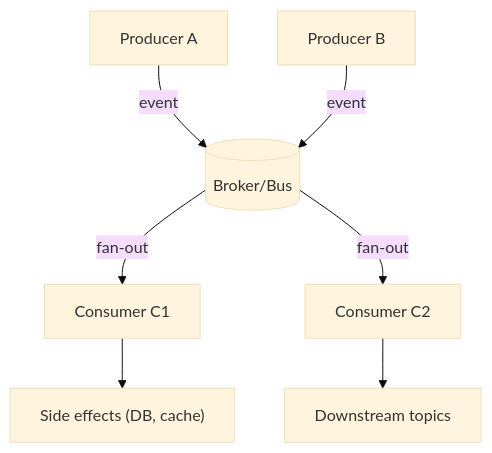
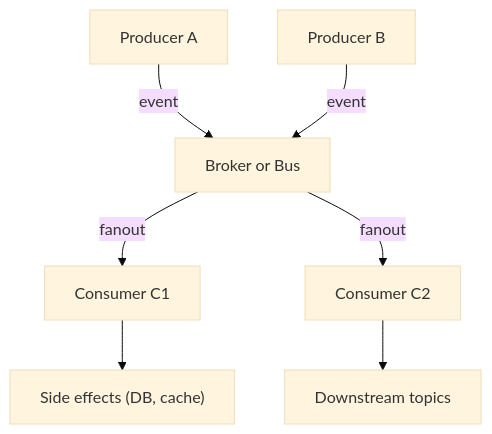
One commit to archman-dev/website changed the first of 2 diagrams in docs/foundational-concepts/programming-paradigms/event-driven-and-reactive.mdx. Above: the diagram before and after it, drawn with Mermaid (base theme). The commit also changed other lines of this file and 26 other files, not shown here.

````diff
--- a/docs/foundational-concepts/programming-paradigms/event-driven-and-reactive.mdx
+++ b/docs/foundational-concepts/programming-paradigms/event-driven-and-reactive.mdx
@@ -20,9 +20,9 @@
 ```mermaid
-flowchart TD
-  P1[Producer A] -->|event| B[(Broker/Bus)]
-  P2[Producer B] -->|event| B
-  B -->|fan-out| C[Consumer C1]
-  B -->|fan-out| D[Consumer C2]
+flowchart TB
+  P1["Producer A"] -->|event| B["Broker or Bus"]
+  P2["Producer B"] -->|event| B
+  B -->|fanout| C["Consumer C1"]
+  B -->|fanout| D["Consumer C2"]
   C --> E["Side effects (DB, cache)"]
-  D --> F[Downstream topics]
+  D --> F["Downstream topics"]
 ```
````
